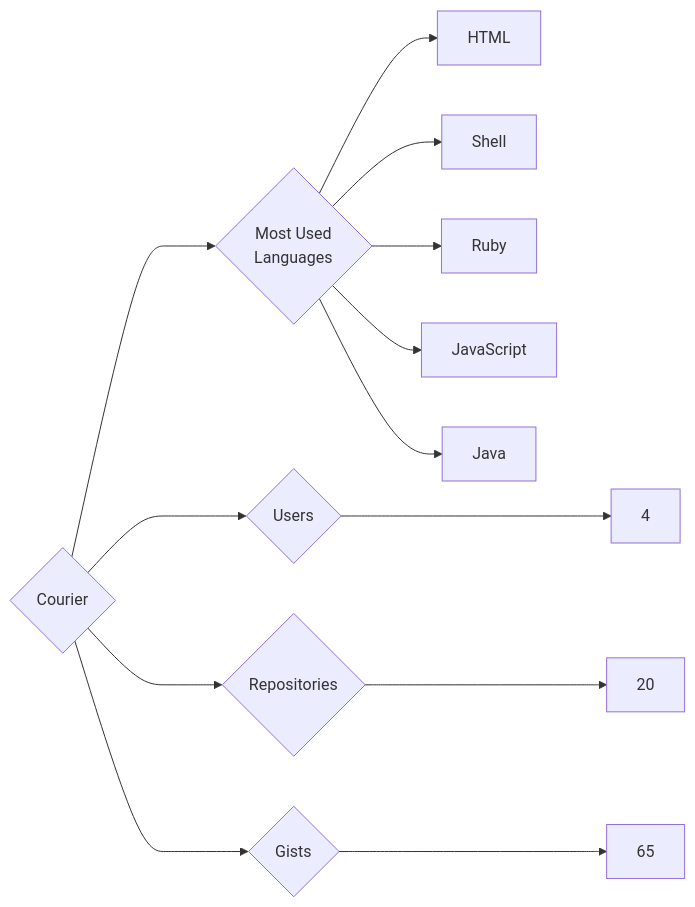
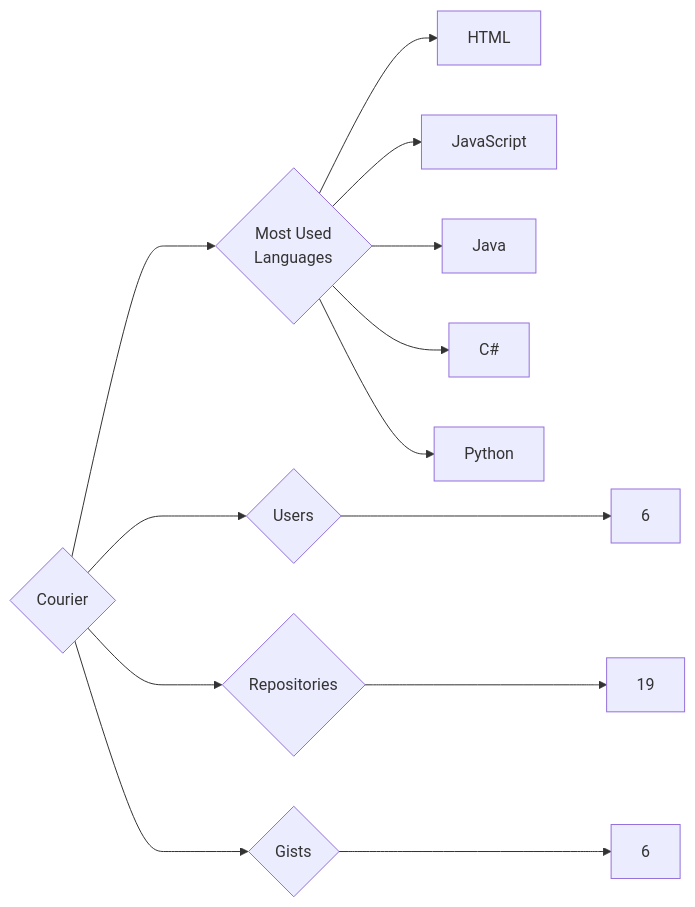
Before and after one commit to trickest/insiders: the diagram in targets/Courier/README.md, drawn with Mermaid. The commit also changed 657 other files, not shown here.

````diff
--- a/targets/Courier/README.md
+++ b/targets/Courier/README.md
@@ -3,13 +3,13 @@
 ```mermaid
 graph LR
 COMPANY_NAME{Courier}
-COMPANY_NAME ---> U{Users} ---> UN[4]
-COMPANY_NAME ---> R{Repositories} ---> RN[20]
-COMPANY_NAME ---> G{Gists} ---> GN[65]
+COMPANY_NAME ---> U{Users} ---> UN[6]
+COMPANY_NAME ---> R{Repositories} ---> RN[19]
+COMPANY_NAME ---> G{Gists} ---> GN[6]
 COMPANY_NAME ---> ML{Most Used<br>Languages}
 ML --> HTML[HTML]
-ML --> Shell[Shell]
-ML --> Ruby[Ruby]
 ML --> JavaScript[JavaScript]
 ML --> Java[Java]
+ML --> C#[C#]
+ML --> Python[Python]
 ```
````
